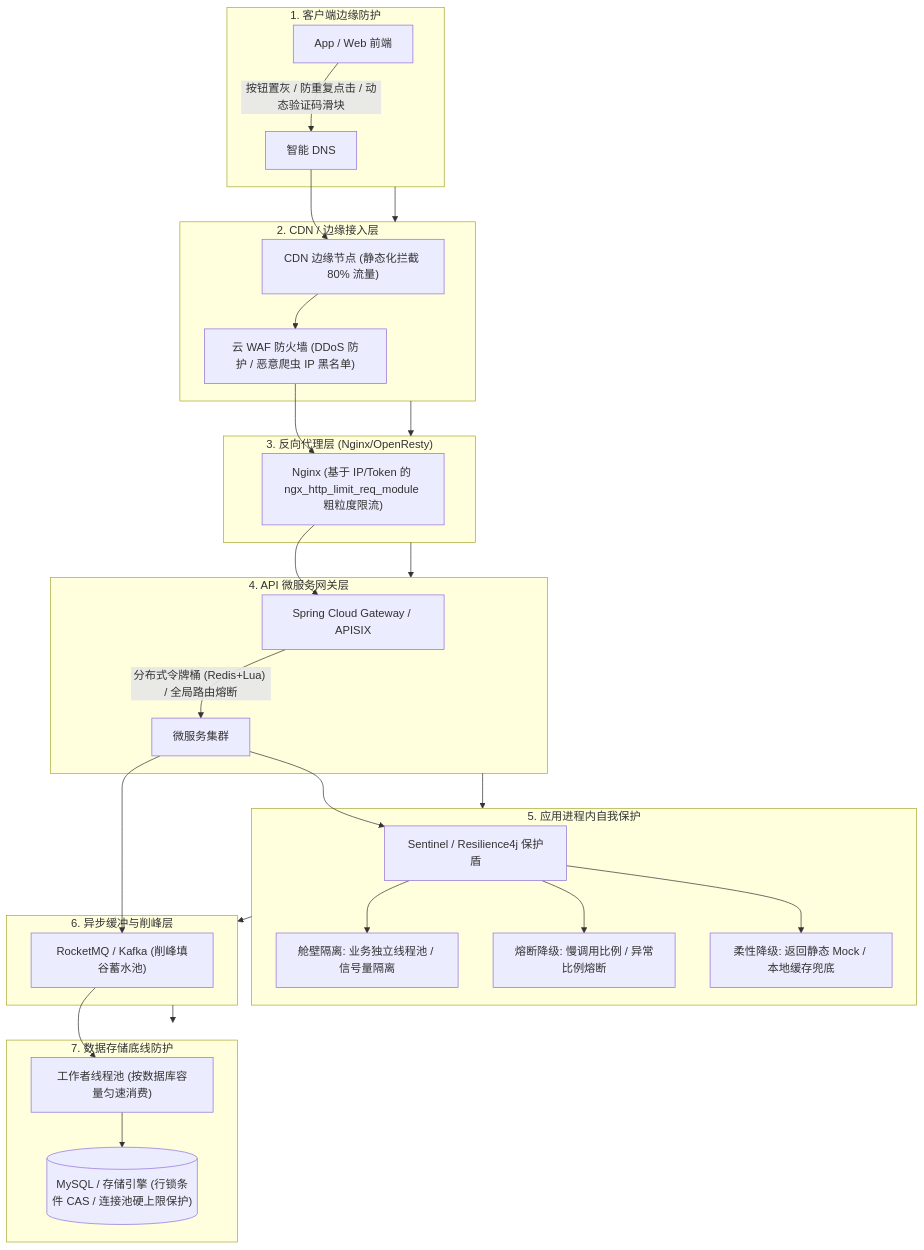
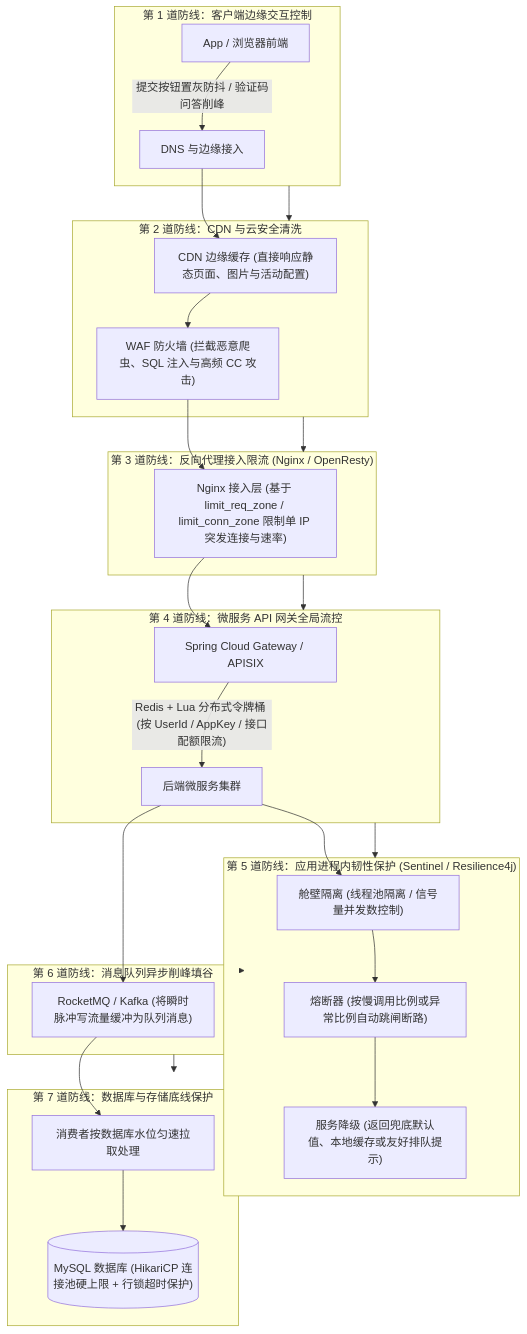
One commit to GuoWWWX/knowledge-base changed the first of 2 diagrams in 20-Java后端/10-知识串联与专题/05-高并发系统的流量保护链路.md. Above: the diagram before and after it, drawn with Mermaid. The commit also changed other lines of this file and 251 other files, not shown here.

````diff
--- a/20-Java后端/10-知识串联与专题/05-高并发系统的流量保护链路.md
+++ b/20-Java后端/10-知识串联与专题/05-高并发系统的流量保护链路.md
@@ -37,43 +40,42 @@
 ```mermaid
 flowchart TD
-    subgraph Wall1["1. 客户端边缘防护"]
-        Client["App / Web 前端"] -->|"按钮置灰 / 防重复点击 / 动态验证码滑块"| DNS["智能 DNS"]
+    subgraph Wall1["第 1 道防线：客户端边缘交互控制"]
+        Client["App / 浏览器前端"] -->|"提交按钮置灰防抖 / 验证码问答削峰"| EdgeDNS["DNS 与边缘接入"]
     end
 
-    subgraph Wall2["2. CDN / 边缘接入层"]
-        DNS --> CDN["CDN 边缘节点 (静态化拦截 80% 流量)"]
-        CDN --> WAF["云 WAF 防火墙 (DDoS 防护 / 恶意爬虫 IP 黑名单)"]
+    subgraph Wall2["第 2 道防线：CDN 与云安全清洗"]
+        EdgeDNS --> CDN["CDN 边缘缓存 (直接响应静态页面、图片与活动配置)"]
+        CDN --> WAF["WAF 防火墙 (拦截恶意爬虫、SQL 注入与高频 CC 攻击)"]
     end
 
-    subgraph Wall3["3. 反向代理层 (Nginx/OpenResty)"]
-        WAF --> Nginx["Nginx (基于 IP/Token 的 ngx_http_limit_req_module 粗粒度限流)"]
+    subgraph Wall3["第 3 道防线：反向代理接入限流 (Nginx / OpenResty)"]
+        WAF --> Nginx["Nginx 接入层 (基于 limit_req_zone / limit_conn_zone 限制单 IP 突发连接与速率)"]
     end
 
-    subgraph Wall4["4. API 微服务网关层"]
+    subgraph Wall4["第 4 道防线：微服务 API 网关全局流控"]
         Nginx --> APIGW["Spring Cloud Gateway / APISIX"]
-        APIGW -->|"分布式令牌桶 (Redis+Lua) / 全局路由熔断"| ServiceCluster["微服务集群"]
+        APIGW -->|"Redis + Lua 分布式令牌桶 (按 UserId / AppKey / 接口配额限流)"| ServiceCluster["后端微服务集群"]
     end
 
-    subgraph Wall5["5. 应用进程内自我保护"]
-        ServiceCluster --> Sentinel["Sentinel / Resilience4j 保护盾"]
-        Sentinel --> Bulkhead["舱壁隔离: 业务独立线程池 / 信号量隔离"]
-        Sentinel --> CircuitBreaker["熔断降级: 慢调用比例 / 异常比例熔断"]
-        Sentinel --> Fallback["柔性降级: 返回静态 Mock / 本地缓存兜底"]
+    subgraph Wall5["第 5 道防线：应用进程内韧性保护 (Sentinel / Resilience4j)"]
+        ServiceCluster --> Bulkhead["舱壁隔离 (线程池隔离 / 信号量并发数控制)"]
+        Bulkhead --> CircuitBreaker["熔断器 (按慢调用比例或异常比例自动跳闸断路)"]
+        CircuitBreaker --> Fallback["服务降级 (返回兜底默认值、本地缓存或友好排队提示)"]
     end
 
-    subgraph Wall6["6. 异步缓冲与削峰层"]
-        ServiceCluster --> MQ["RocketMQ / Kafka (削峰填谷蓄水池)"]
+    subgraph Wall6["第 6 道防线：消息队列异步削峰填谷"]
+        ServiceCluster --> MQ["RocketMQ / Kafka (将瞬时脉冲写流量缓冲为队列消息)"]
     end
 
-    subgraph Wall7["7. 数据存储底线防护"]
-        MQ --> DBWorker["工作者线程池 (按数据库容量匀速消费)"]
-        DBWorker --> MySQL[("MySQL / 存储引擎 (行锁条件 CAS / 连接池硬上限保护)")]
+    subgraph Wall7["第 7 道防线：数据库与存储底线保护"]
+        MQ --> DBWorker["消费者按数据库水位匀速拉取处理"]
+        DBWorker --> MySQL[("MySQL 数据库 (HikariCP 连接池硬上限 + 行锁超时保护)")]
     end
 
     Wall1 --> Wall2
     Wall2 --> Wall3
     Wall3 --> Wall4
     Wall4 --> Wall5
     Wall5 --> Wall6
     Wall6 --> Wall7
 ```
````
